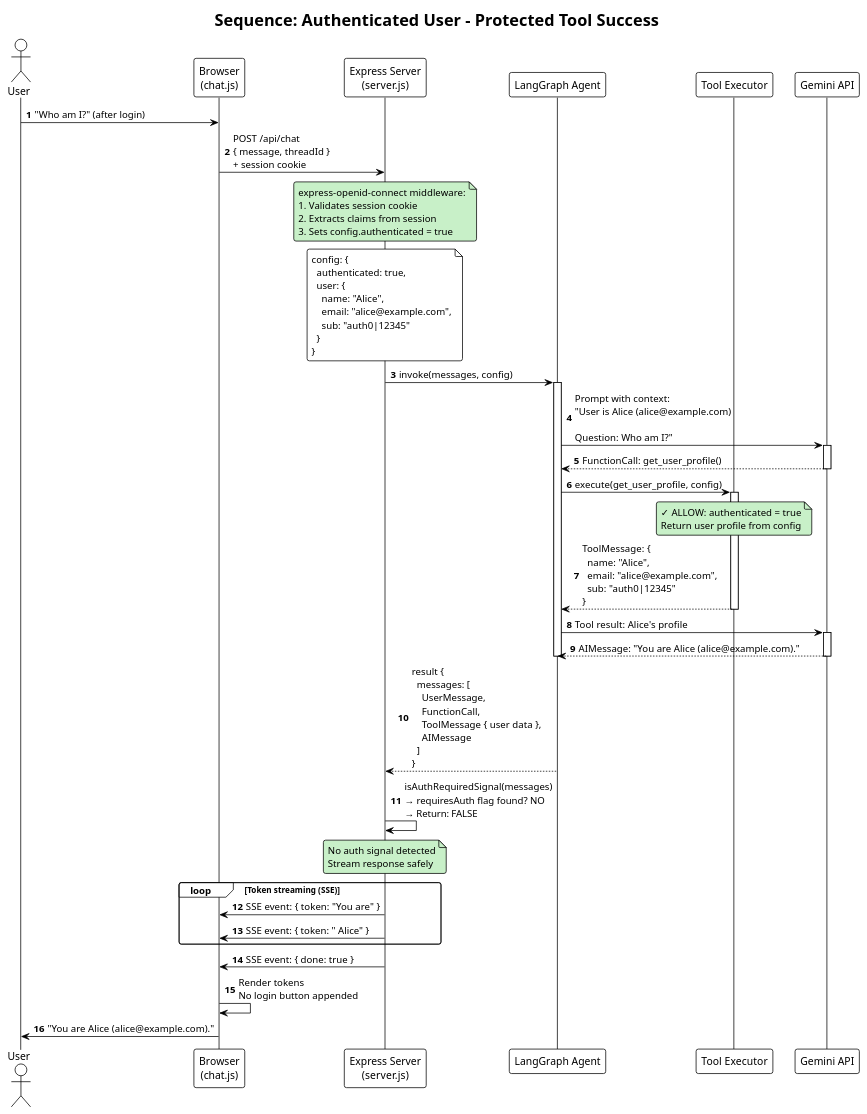
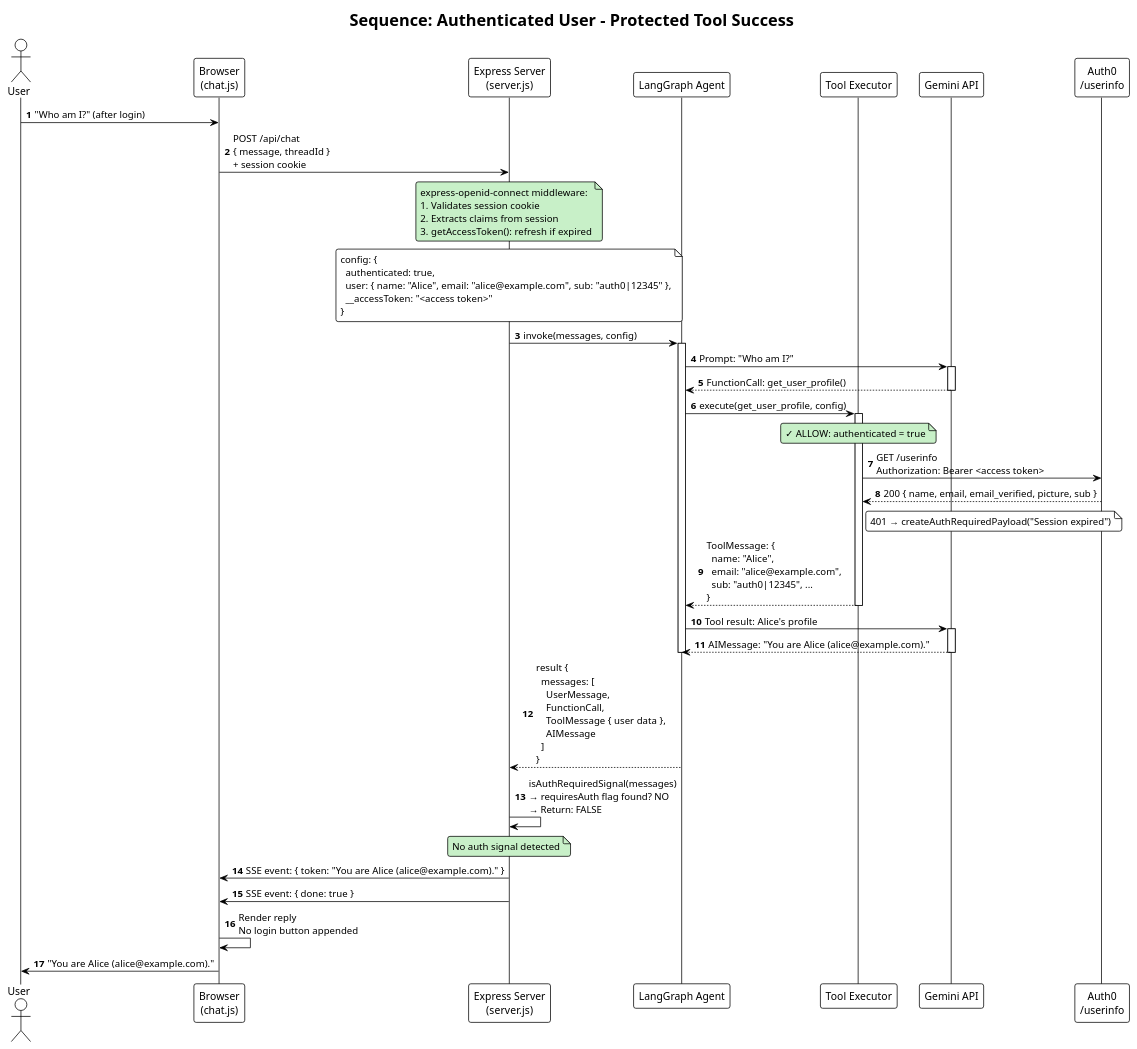
Before and after one commit to malotian/node-ai-assitant: the diagram in docs/04_authenticated_protected_tool.puml, drawn with PlantUML. The commit also changed 17 other files, not shown here.

First line of the commit message:
docs: remove duplicate diagrams, sync docs with code, clean up

```diff
--- a/docs/04_authenticated_protected_tool.puml
+++ b/docs/04_authenticated_protected_tool.puml
@@ -1,79 +1,76 @@
 @startuml Authenticated_Protected_Tool
 !theme plain
 autonumber
 skinparam shadowing false
 skinparam roundcorner 6
 skinparam defaultFontName Arial
 skinparam lifelineStrategy solid
 
 title Sequence: Authenticated User - Protected Tool Success
 
 actor User
 participant "Browser\n(chat.js)" as UI
 participant "Express Server\n(server.js)" as Server
 participant "LangGraph Agent" as Agent
 participant "Tool Executor" as Tools
 participant "Gemini API" as LLM
+participant "Auth0\n/userinfo" as Auth0
 
 User -> UI : "Who am I?" (after login)
 UI -> Server : POST /api/chat\n{ message, threadId }\n+ session cookie
 note over Server #c8f0c8
   express-openid-connect middleware:
   1. Validates session cookie
   2. Extracts claims from session
-  3. Sets config.authenticated = true
+  3. getAccessToken(): refresh if expired
 end note
 
 note over Server
   config: {
     authenticated: true,
-    user: {
-      name: "Alice",
-      email: "alice@example.com",
-      sub: "auth0|12345"
-    }
+    user: { name: "Alice", email: "alice@example.com", sub: "auth0|12345" },
+    __accessToken: "<access token>"
   }
 end note
 
 Server -> Agent : invoke(messages, config)
 activate Agent
 
-Agent -> LLM : Prompt with context:\n"User is Alice (alice@example.com)\n\nQuestion: Who am I?"
+Agent -> LLM : Prompt: "Who am I?"
 activate LLM
 LLM --> Agent : FunctionCall: get_user_profile()
 deactivate LLM
 
 Agent -> Tools : execute(get_user_profile, config)
 activate Tools
 note over Tools #c8f0c8
   ✓ ALLOW: authenticated = true
-  Return user profile from config
 end note
-Tools --> Agent : ToolMessage: {\n  name: "Alice",\n  email: "alice@example.com",\n  sub: "auth0|12345"\n}
+Tools -> Auth0 : GET /userinfo\nAuthorization: Bearer <access token>
+Auth0 --> Tools : 200 { name, email, email_verified, picture, sub }
+note right of Tools
+  401 → createAuthRequiredPayload("Session expired")
+end note
+Tools --> Agent : ToolMessage: {\n  name: "Alice",\n  email: "alice@example.com",\n  sub: "auth0|12345", ...\n}
 deactivate Tools
 
 Agent -> LLM : Tool result: Alice's profile
 activate LLM
 LLM --> Agent : AIMessage: "You are Alice (alice@example.com)."
 deactivate LLM
 
 deactivate Agent
 Agent --> Server : result {\n  messages: [\n    UserMessage,\n    FunctionCall,\n    ToolMessage { user data },\n    AIMessage\n  ]\n}
 
 Server -> Server : isAuthRequiredSignal(messages)\n→ requiresAuth flag found? NO\n→ Return: FALSE
 note over Server #c8f0c8
   No auth signal detected
-  Stream response safely
 end note
 
-loop Token streaming (SSE)
-  Server -> UI : SSE event: { token: "You are" }
-  Server -> UI : SSE event: { token: " Alice" }
-end
-
+Server -> UI : SSE event: { token: "You are Alice (alice@example.com)." }
 Server -> UI : SSE event: { done: true }
 
-UI -> UI : Render tokens\nNo login button appended
+UI -> UI : Render reply\nNo login button appended
 UI -> User : "You are Alice (alice@example.com)."
 
 @enduml
```
